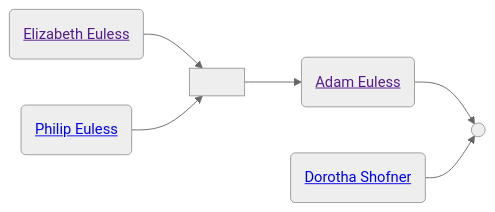
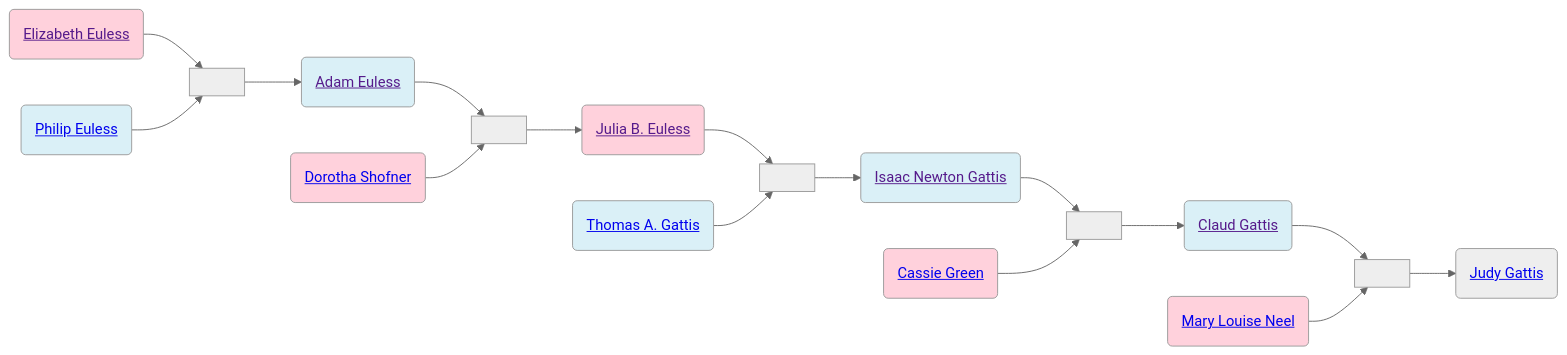
The diagram in familyhistory/sources/people/Gattis-line/Euless-line/Elizabeth_Euless.qmd (neelsmith/avocational), drawn with Mermaid (neutral theme) before and after one commit. The commit also changed 91 other files, not shown here.

Commit message:
Rebuild descendant diagrams

````diff
--- a/familyhistory/sources/people/Gattis-line/Euless-line/Elizabeth_Euless.qmd
+++ b/familyhistory/sources/people/Gattis-line/Euless-line/Elizabeth_Euless.qmd
@@ -26,14 +26,38 @@
 ```{mermaid}
 graph LR
+%% LR descendant diagram
 class Elizabeth_Euless_and_Philip_Euless marriage
 Elizabeth_Euless(<a href=''>Elizabeth Euless</>) --> Elizabeth_Euless_and_Philip_Euless[ ]
 Philip_Euless(<a href='./Philip_Euless.html'>Philip Euless</>) --> Elizabeth_Euless_and_Philip_Euless(( ))
+class Philip_Euless father
+class Elizabeth_Euless mother
 Elizabeth_Euless_and_Philip_Euless[ ] --> Adam_Euless(<a href='./Adam_Euless.html'>Adam Euless</>)
 class Adam_Euless_and_Dorotha_Shofner marriage
 Adam_Euless(<a href=''>Adam Euless</>) --> Adam_Euless_and_Dorotha_Shofner[ ]
 Dorotha_Shofner(<a href='./Dorotha_Shofner.html'>Dorotha Shofner</>) --> Adam_Euless_and_Dorotha_Shofner(( ))
+class Adam_Euless father
+class Dorotha_Shofner mother
+Adam_Euless_and_Dorotha_Shofner[ ] --> Julia_B._Euless(<a href='./Julia_B._Euless.html'>Julia B. Euless</>)
+class Julia_B._Euless_and_Thomas_A._Gattis marriage
+Julia_B._Euless(<a href=''>Julia B. Euless</>) --> Julia_B._Euless_and_Thomas_A._Gattis[ ]
+Thomas_A._Gattis(<a href='./../Thomas_A._Gattis.html'>Thomas A. Gattis</>) --> Julia_B._Euless_and_Thomas_A._Gattis(( ))
+class Thomas_A._Gattis father
+class Julia_B._Euless mother
+Julia_B._Euless_and_Thomas_A._Gattis[ ] --> Isaac_Newton_Gattis(<a href='./../Isaac_Newton_Gattis.html'>Isaac Newton Gattis</>)
+class Isaac_Newton_Gattis_and_Cassie_Green marriage
+Isaac_Newton_Gattis(<a href=''>Isaac Newton Gattis</>) --> Isaac_Newton_Gattis_and_Cassie_Green[ ]
+Cassie_Green(<a href='./Green-line/Cassie_Green.html'>Cassie Green</>) --> Isaac_Newton_Gattis_and_Cassie_Green(( ))
+class Isaac_Newton_Gattis father
+class Cassie_Green mother
+Isaac_Newton_Gattis_and_Cassie_Green[ ] --> Claud_Gattis(<a href='./Claud_Gattis.html'>Claud Gattis</>)
+class Claud_Gattis_and_Mary_Louise_Neel marriage
+Claud_Gattis(<a href=''>Claud Gattis</>) --> Claud_Gattis_and_Mary_Louise_Neel[ ]
+Mary_Louise_Neel(<a href='./../Neel-line/Mary_Louise_Neel.html'>Mary Louise Neel</>) --> Claud_Gattis_and_Mary_Louise_Neel(( ))
+class Claud_Gattis father
+class Mary_Louise_Neel mother
+Claud_Gattis_and_Mary_Louise_Neel[ ] --> Judy_Gattis(<a href='./Judy_Gattis.html'>Judy Gattis</>)
 classDef mother fill:#ffd1dc
 classDef father fill:#daf0f7  
 classDef marriage fill:#ffffff
 
 ```
````
